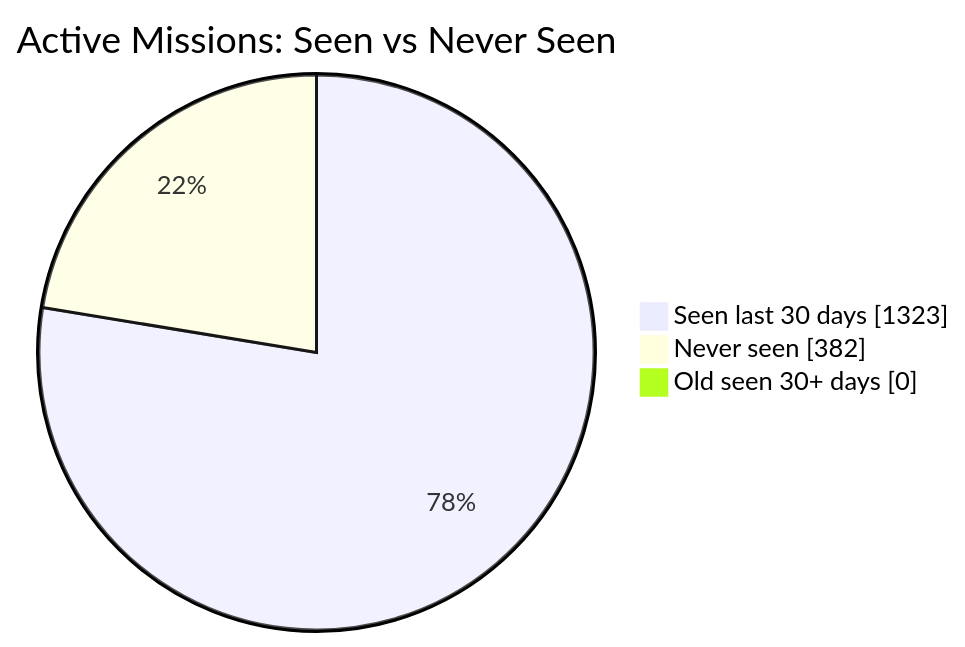
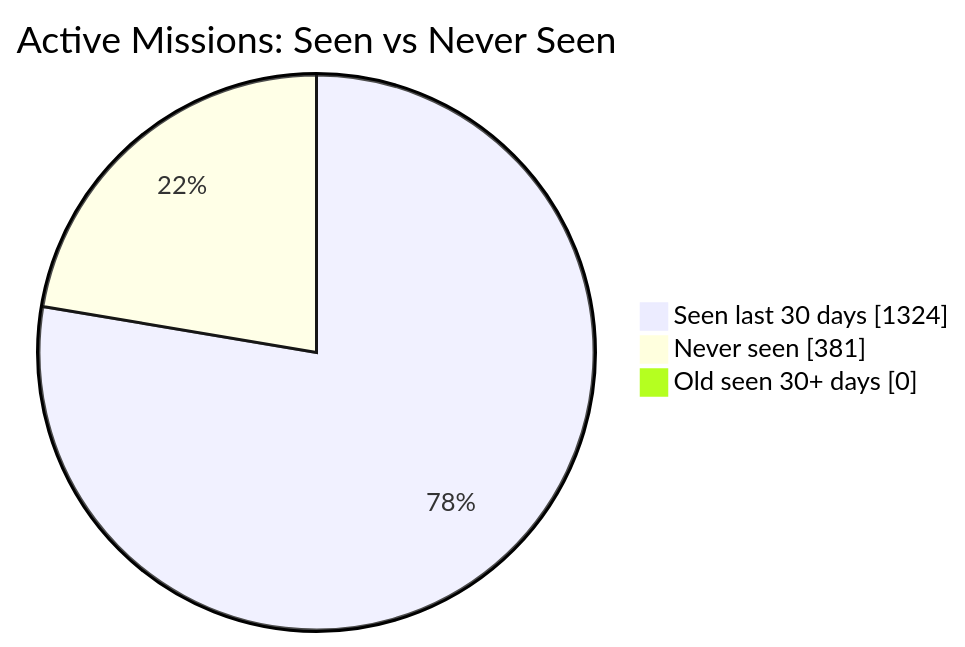
The first of 2 diagrams in README.md (MeldkamerspelGameTeam/active-missions), drawn with Mermaid before and after one commit. The commit also changed other lines of this file and 2 other files, not shown here.

````diff
--- a/README.md
+++ b/README.md
@@ -34,7 +34,7 @@
 ```mermaid
 pie showData
     title Active Missions: Seen vs Never Seen
-    "Seen last 30 days" : 1323
-    "Never seen" : 382
+    "Seen last 30 days" : 1324
+    "Never seen" : 381
     "Old seen 30+ days" : 0
 ```
````
